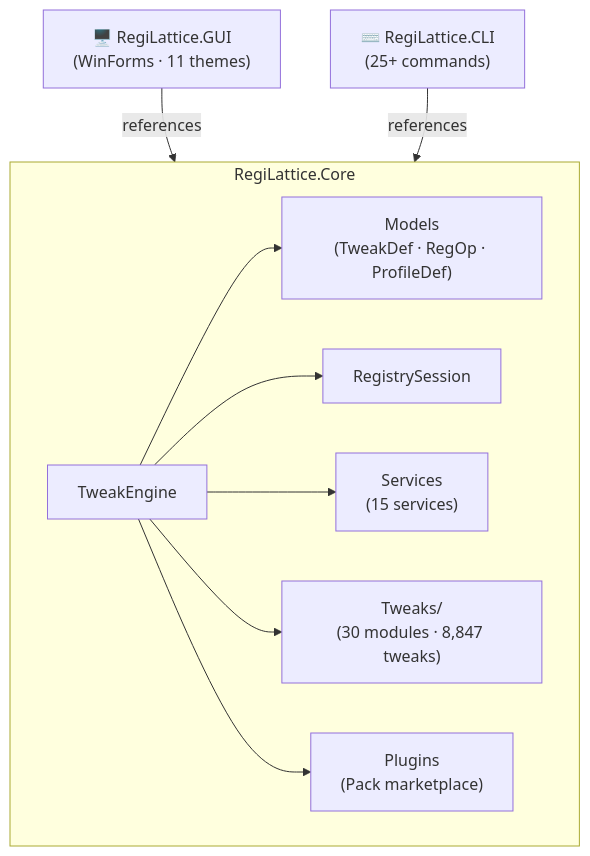
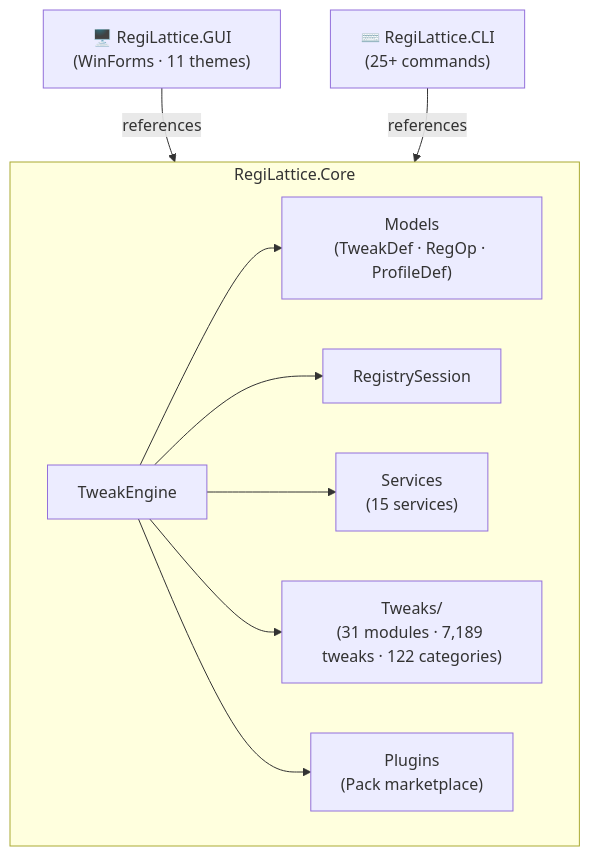
One commit to RajwanYair/RegiLattice changed the first of 8 diagrams in docs/Architecture.md. Above: the diagram before and after it, drawn with Mermaid. The commit also changed 37 other files, not shown here.

First line of the commit message:
refactor(tweaks): split 23 categories into 122 subcategories (max 77 tweaks each)

````diff
--- a/docs/Architecture.md
+++ b/docs/Architecture.md
@@ -12,24 +12,24 @@
 ```mermaid
 graph TD
     GUI["🖥️ RegiLattice.GUI\n(WinForms · 11 themes)"]
     CLI["⌨️ RegiLattice.CLI\n(25+ commands)"]
     Core["🔧 RegiLattice.Core\n(engine · models · services)"]
 
     GUI -->|references| Core
     CLI -->|references| Core
 
     subgraph Core ["RegiLattice.Core"]
         TweakEngine["TweakEngine"]
         Models["Models\n(TweakDef · RegOp · ProfileDef)"]
         Registry["RegistrySession"]
         Services["Services\n(15 services)"]
-        Tweaks["Tweaks/\n(30 modules · 8,847 tweaks)"]
+        Tweaks["Tweaks/\n(31 modules · 7,189 tweaks · 122 categories)"]
         Plugins["Plugins\n(Pack marketplace)"]
 
         TweakEngine --> Models
         TweakEngine --> Registry
         TweakEngine --> Services
         TweakEngine --> Tweaks
         TweakEngine --> Plugins
     end
 ```
````
